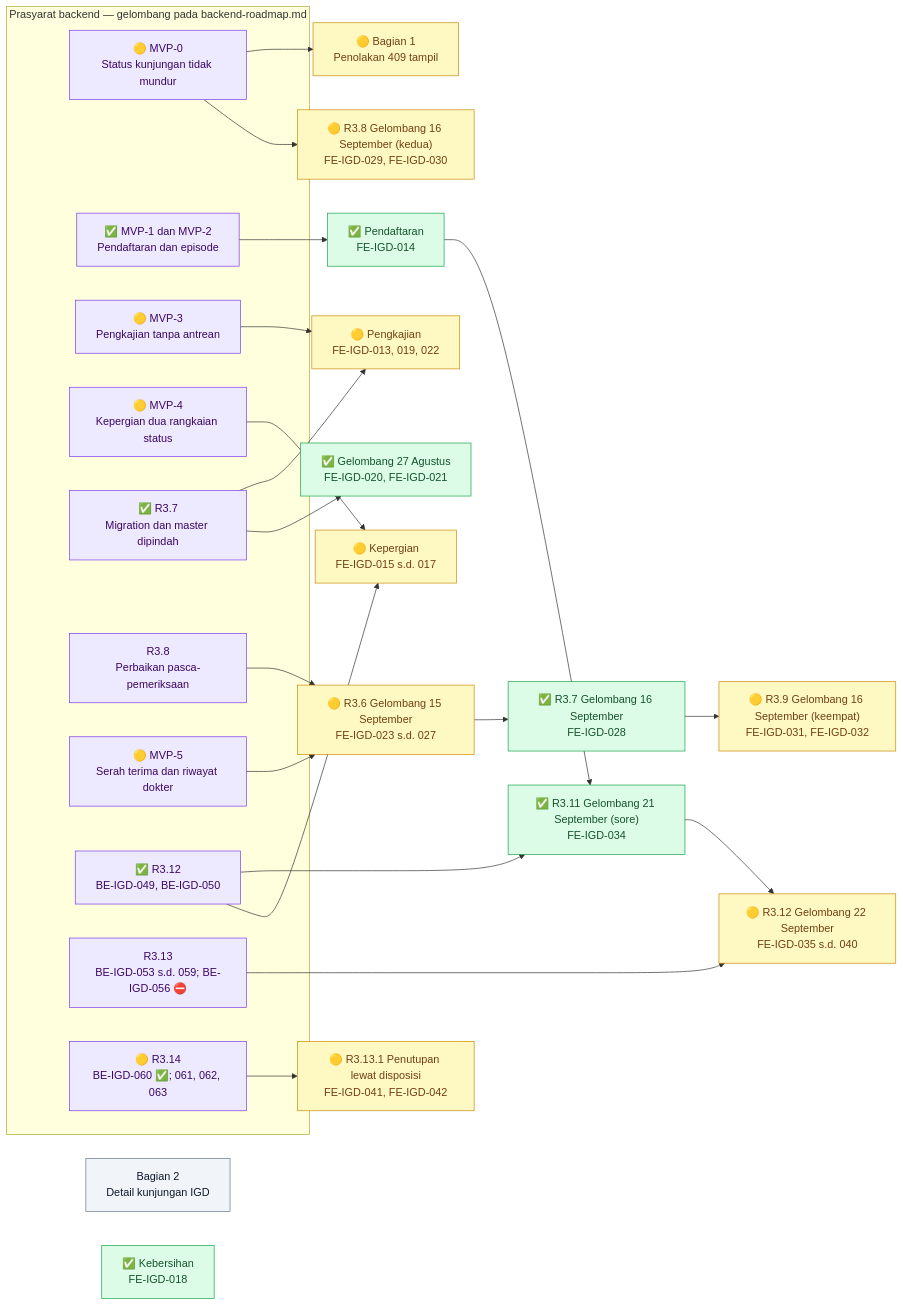
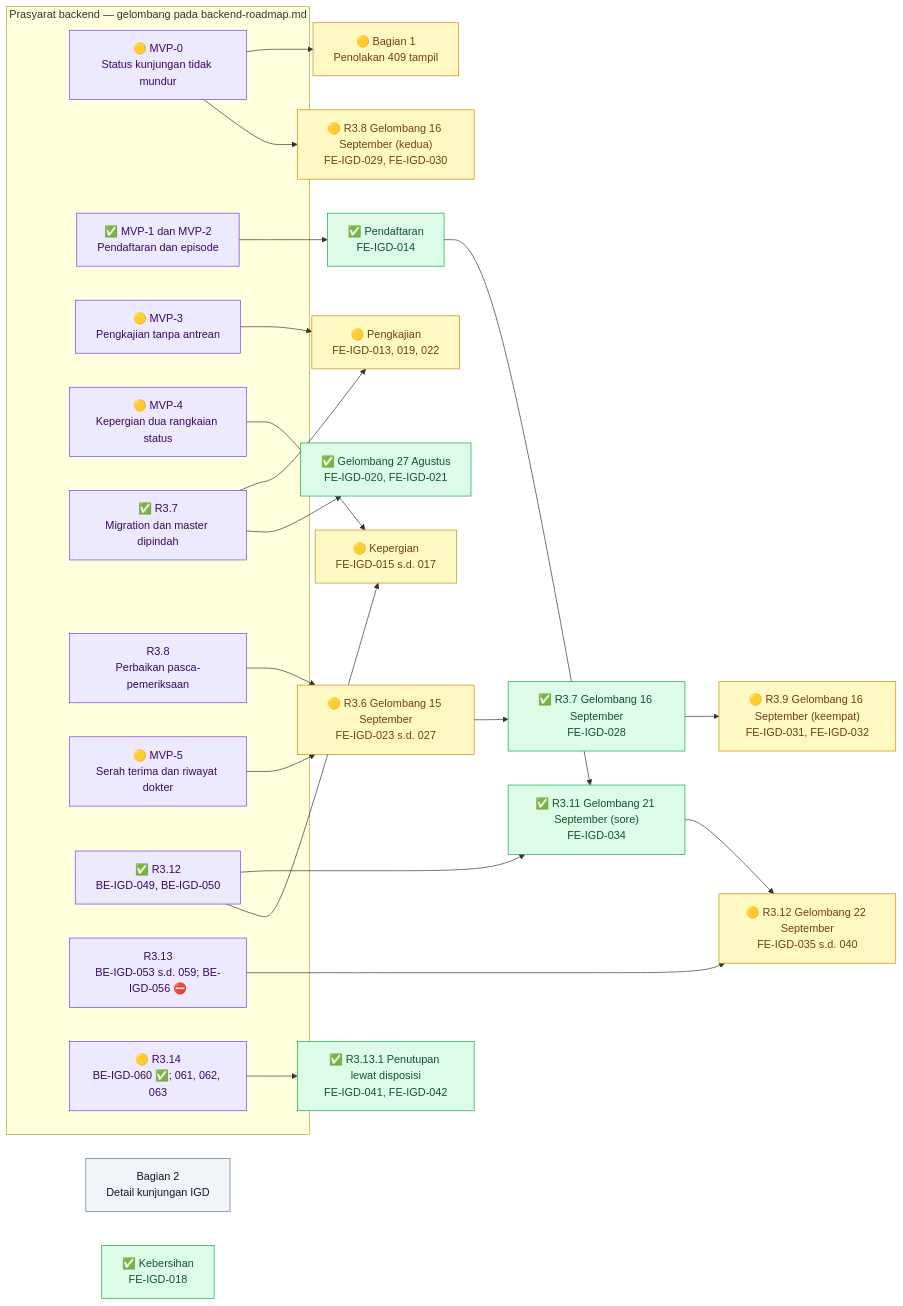
The first of 12 diagrams in docs/module-blueprints/igd/roadmap/frontend-roadmap.md (DevBenari/NewQuilvianSystemBackend), drawn with Mermaid before and after one commit. The commit also changed other lines of this file and 10 other files, not shown here.

````diff
--- a/docs/module-blueprints/igd/roadmap/frontend-roadmap.md
+++ b/docs/module-blueprints/igd/roadmap/frontend-roadmap.md
@@ -75,54 +75,54 @@
 ```mermaid
 flowchart LR
     classDef selesai fill:#DCFCE7,stroke:#16A34A,color:#14532D
     classDef sebagian fill:#FEF9C3,stroke:#CA8A04,color:#713F12
     classDef terblokir fill:#FEE2E2,stroke:#DC2626,color:#7F1D1D
     classDef belum fill:#F1F5F9,stroke:#64748B,color:#0F172A
     classDef luar fill:#EDE9FE,stroke:#7C3AED,color:#3B0764
 
     subgraph backend["Prasyarat backend — gelombang pada backend-roadmap.md"]
         BMVP0["🟡 MVP-0<br/>Status kunjungan tidak mundur"]:::luar
         BMVP12["✅ MVP-1 dan MVP-2<br/>Pendaftaran dan episode"]:::luar
         BMVP3["🟡 MVP-3<br/>Pengkajian tanpa antrean"]:::luar
         BMVP4["🟡 MVP-4<br/>Kepergian dua rangkaian status"]:::luar
         BR37["✅ R3.7<br/>Migration dan master dipindah"]:::luar
         BR38["R3.8<br/>Perbaikan pasca-pemeriksaan"]:::luar
         BMVP5["🟡 MVP-5<br/>Serah terima dan riwayat dokter"]:::luar
         BR312["✅ R3.12<br/>BE-IGD-049, BE-IGD-050"]:::luar
         BR313["R3.13<br/>BE-IGD-053 s.d. 059; BE-IGD-056 ⛔"]:::luar
         BR314["🟡 R3.14<br/>BE-IGD-060 ✅; 061, 062, 063"]:::luar
     end
 
     FMVP0["🟡 Bagian 1<br/>Penolakan 409 tampil"]:::sebagian
     FWARIS["Bagian 2<br/>Detail kunjungan IGD"]:::belum
     FDAFTAR["✅ Pendaftaran<br/>FE-IGD-014"]:::selesai
     FKAJI["🟡 Pengkajian<br/>FE-IGD-013, 019, 022"]:::sebagian
     FPERGI["🟡 Kepergian<br/>FE-IGD-015 s.d. 017"]:::sebagian
     FMASTER["✅ Gelombang 27 Agustus<br/>FE-IGD-020, FE-IGD-021"]:::selesai
     FBERSIH["✅ Kebersihan<br/>FE-IGD-018"]:::selesai
     FPASCA["🟡 R3.6 Gelombang 15 September<br/>FE-IGD-023 s.d. 027"]:::sebagian
     FPASCA2["✅ R3.7 Gelombang 16 September<br/>FE-IGD-028"]:::selesai
     FARRIVED["🟡 R3.8 Gelombang 16 September (kedua)<br/>FE-IGD-029, FE-IGD-030"]:::sebagian
     FTATA["🟡 R3.9 Gelombang 16 September (keempat)<br/>FE-IGD-031, FE-IGD-032"]:::sebagian
     FPRA["✅ R3.11 Gelombang 21 September (sore)<br/>FE-IGD-034"]:::selesai
     FENC["🟡 R3.12 Gelombang 22 September<br/>FE-IGD-035 s.d. 040"]:::sebagian
-    FCLOSE["🟡 R3.13.1 Penutupan lewat disposisi<br/>FE-IGD-041, FE-IGD-042"]:::sebagian
+    FCLOSE["✅ R3.13.1 Penutupan lewat disposisi<br/>FE-IGD-041, FE-IGD-042"]:::selesai
 
     BMVP0 --> FMVP0
     BMVP0 --> FARRIVED
     BMVP12 --> FDAFTAR
     BMVP3 --> FKAJI
     BR37 --> FKAJI
     BMVP4 --> FPERGI
     BR37 --> FMASTER
     BR38 --> FPASCA
     BMVP5 --> FPASCA
     FPASCA --> FPASCA2
     FPASCA2 --> FTATA
     BR312 --> FPRA
     BR312 --> FPERGI
     FDAFTAR --> FPRA
     BR313 --> FENC
     FPRA --> FENC
     BR314 --> FCLOSE
 ```
````
